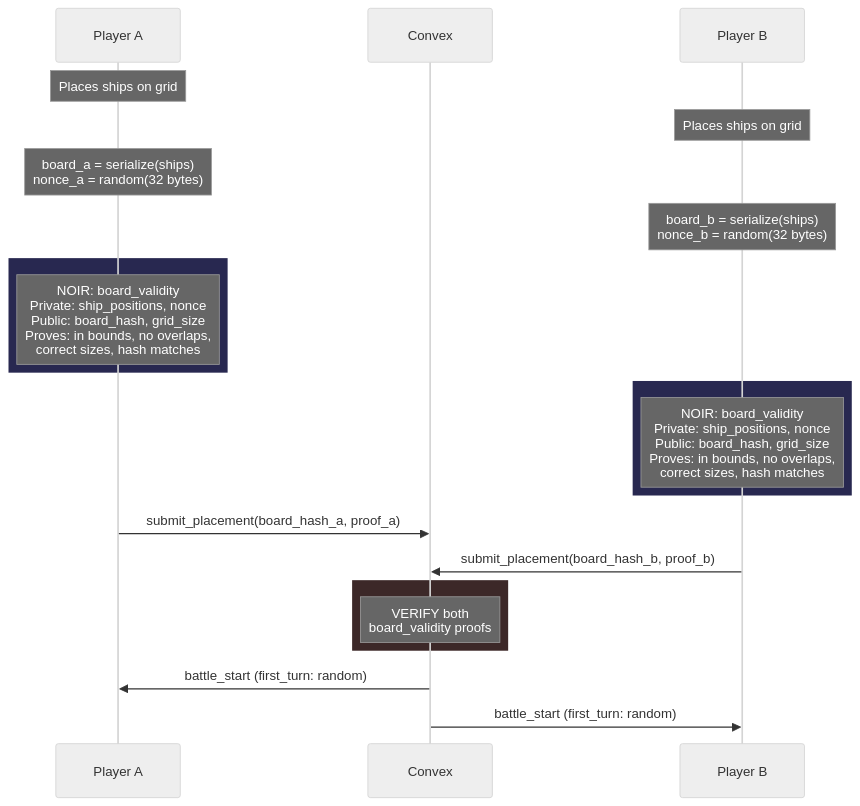
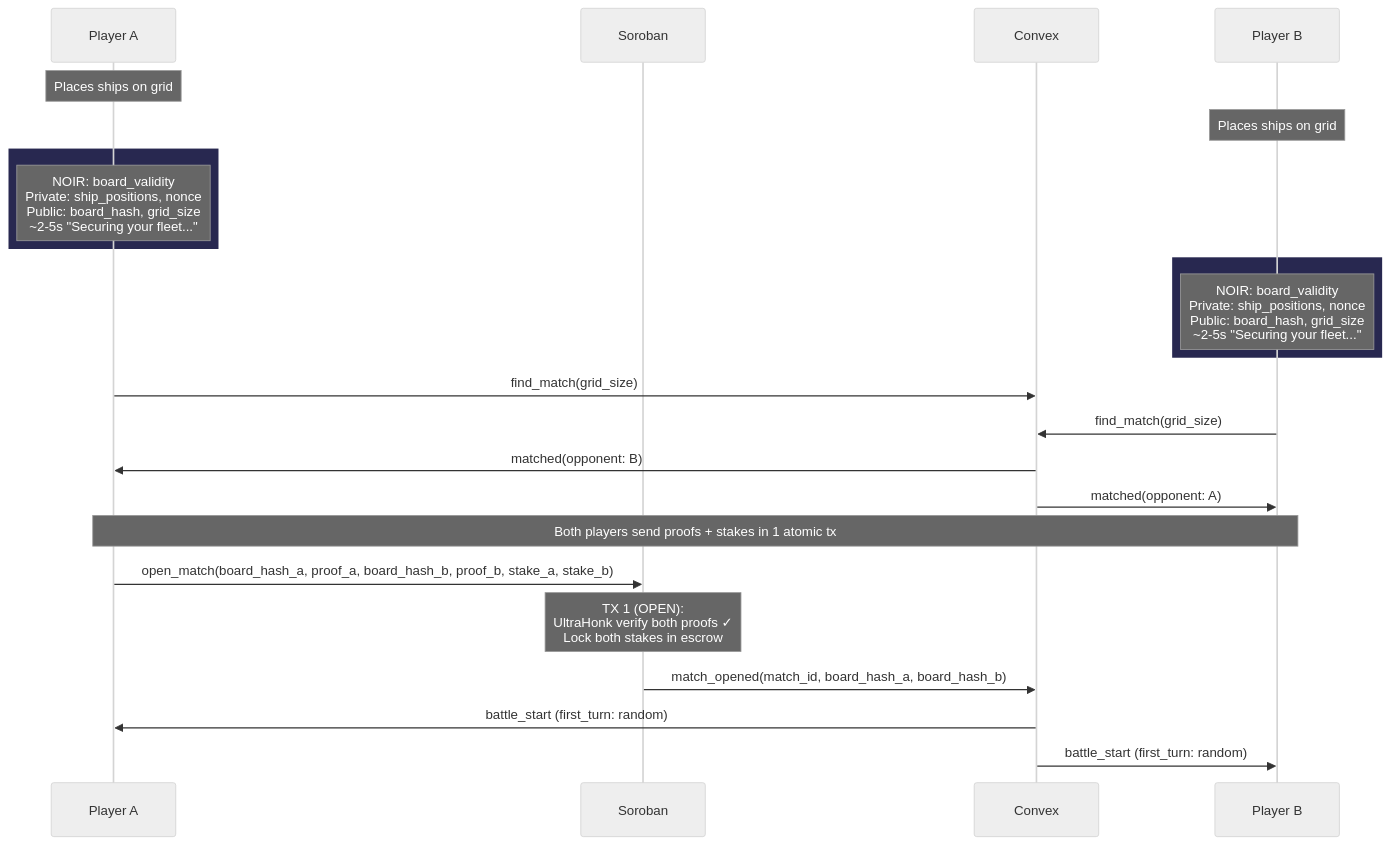
Before and after one commit to olivmath/stealth-battleship: the third of 5 diagrams in docs/ZK-PVP-DESIGN.md, drawn with Mermaid (neutral theme). The commit also changed other lines of this file and 1 other file, not shown here.

````diff
--- a/docs/ZK-PVP-DESIGN.md
+++ b/docs/ZK-PVP-DESIGN.md
@@ -126,30 +143,32 @@
 ```mermaid
 sequenceDiagram
     participant A as Player A
+    participant S as Soroban
     participant C as Convex
     participant B as Player B
 
     Note over A: Places ships on grid
     Note over B: Places ships on grid
 
-    Note over A: board_a = serialize(ships)<br/>nonce_a = random(32 bytes)
-    Note over B: board_b = serialize(ships)<br/>nonce_b = random(32 bytes)
-
     rect rgb(40, 40, 80)
-        Note over A: NOIR: board_validity<br/>Private: ship_positions, nonce<br/>Public: board_hash, grid_size<br/>Proves: in bounds, no overlaps,<br/>correct sizes, hash matches
+        Note over A: NOIR: board_validity<br/>Private: ship_positions, nonce<br/>Public: board_hash, grid_size<br/>~2-5s "Securing your fleet..."
     end
 
     rect rgb(40, 40, 80)
-        Note over B: NOIR: board_validity<br/>Private: ship_positions, nonce<br/>Public: board_hash, grid_size<br/>Proves: in bounds, no overlaps,<br/>correct sizes, hash matches
+        Note over B: NOIR: board_validity<br/>Private: ship_positions, nonce<br/>Public: board_hash, grid_size<br/>~2-5s "Securing your fleet..."
     end
 
-    A->>C: submit_placement(board_hash_a, proof_a)
-    B->>C: submit_placement(board_hash_b, proof_b)
+    A->>C: find_match(grid_size)
+    B->>C: find_match(grid_size)
+    C->>A: matched(opponent: B)
+    C->>B: matched(opponent: A)
 
-    rect rgb(60, 40, 40)
-        Note over C: VERIFY both<br/>board_validity proofs
-    end
+    Note over A,B: Both players send proofs + stakes in 1 atomic tx
 
+    A->>S: open_match(board_hash_a, proof_a, board_hash_b, proof_b, stake_a, stake_b)
+    Note over S: TX 1 (OPEN):<br/>UltraHonk verify both proofs ✓<br/>Lock both stakes in escrow
+
+    S->>C: match_opened(match_id, board_hash_a, board_hash_b)
     C->>A: battle_start (first_turn: random)
     C->>B: battle_start (first_turn: random)
 ```
````
